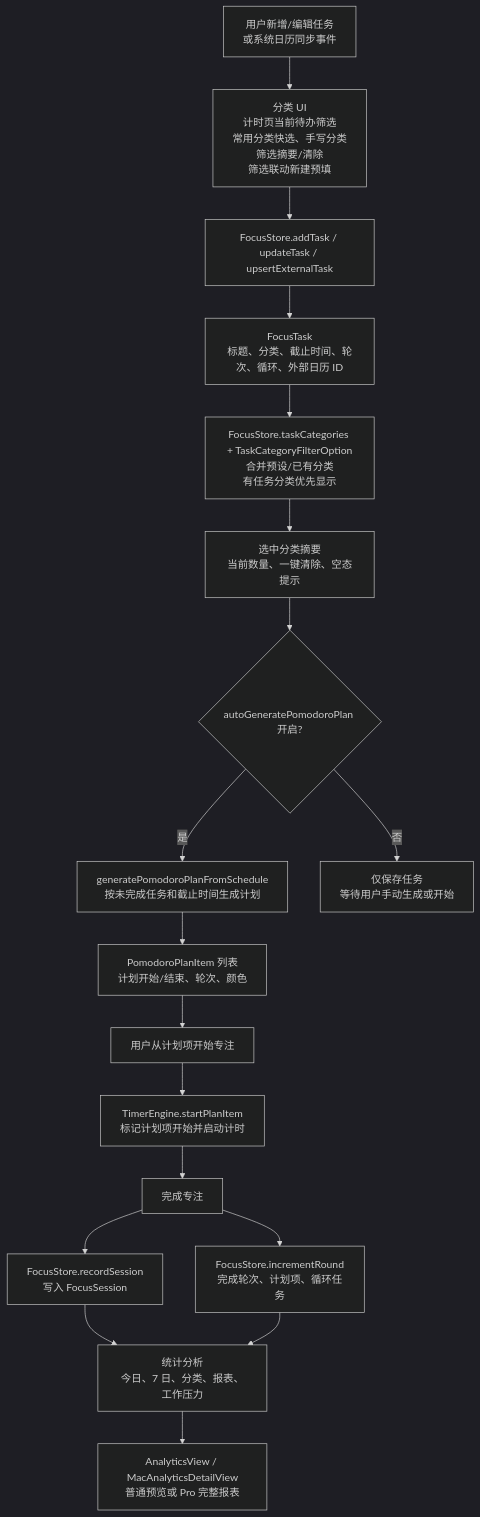
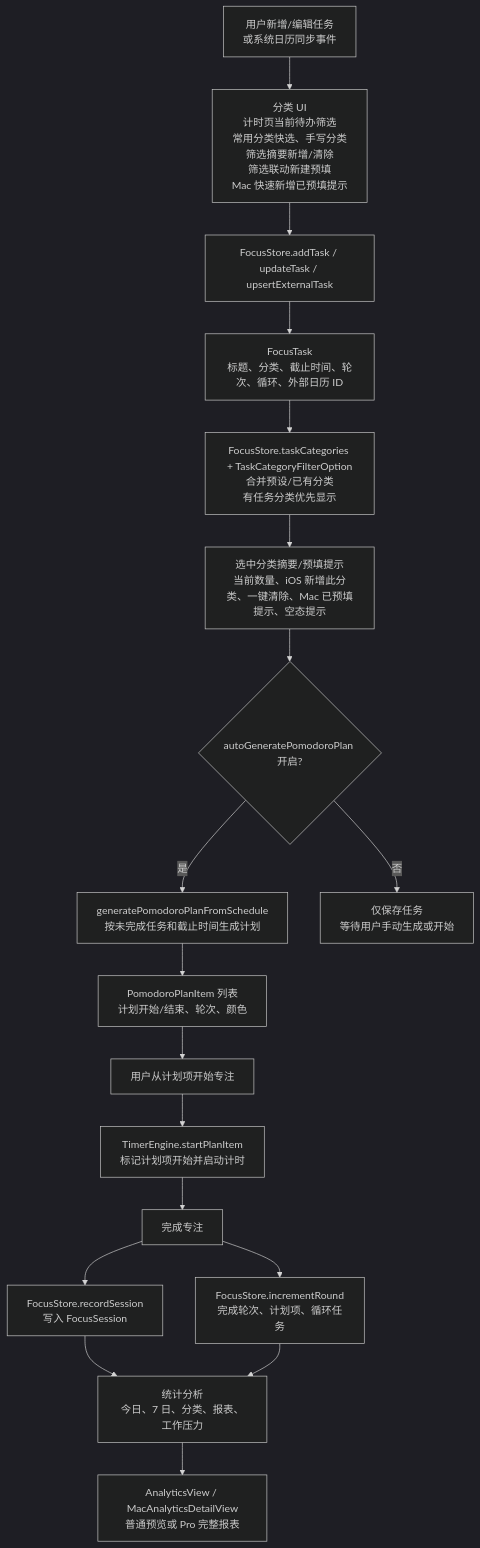
The third of 6 diagrams in md/flow/flowchart.md (Altman-sam114/114), drawn with Mermaid (dark theme) before and after one commit. The commit also changed other lines of this file and 8 other files, not shown here.

````diff
--- a/md/flow/flowchart.md
+++ b/md/flow/flowchart.md
@@ -63,20 +63,20 @@
 ```mermaid
 flowchart TD
-  A["用户新增/编辑任务<br/>或系统日历同步事件"] --> P0["分类 UI<br/>计时页当前待办筛选<br/>常用分类快选、手写分类<br/>筛选摘要/清除<br/>筛选联动新建预填"]
+  A["用户新增/编辑任务<br/>或系统日历同步事件"] --> P0["分类 UI<br/>计时页当前待办筛选<br/>常用分类快选、手写分类<br/>筛选摘要新增/清除<br/>筛选联动新建预填<br/>Mac 快速新增已预填提示"]
   P0 --> B["FocusStore.addTask / updateTask / upsertExternalTask"]
   B --> C["FocusTask<br/>标题、分类、截止时间、轮次、循环、外部日历 ID"]
   C --> C2["FocusStore.taskCategories + TaskCategoryFilterOption<br/>合并预设/已有分类<br/>有任务分类优先显示"]
-  C2 --> C3["选中分类摘要<br/>当前数量、一键清除、空态提示"]
+  C2 --> C3["选中分类摘要/预填提示<br/>当前数量、iOS 新增此分类、一键清除、Mac 已预填提示、空态提示"]
   C3 --> D{"autoGeneratePomodoroPlan 开启?"}
   D -->|是| E["generatePomodoroPlanFromSchedule<br/>按未完成任务和截止时间生成计划"]
   D -->|否| F["仅保存任务<br/>等待用户手动生成或开始"]
   E --> G["PomodoroPlanItem 列表<br/>计划开始/结束、轮次、颜色"]
   G --> H["用户从计划项开始专注"]
   H --> I["TimerEngine.startPlanItem<br/>标记计划项开始并启动计时"]
   I --> J["完成专注"]
   J --> K["FocusStore.incrementRound<br/>完成轮次、计划项、循环任务"]
   J --> L["FocusStore.recordSession<br/>写入 FocusSession"]
   L --> M["统计分析<br/>今日、7 日、分类、报表、工作压力"]
   K --> M
   M --> N["AnalyticsView / MacAnalyticsDetailView<br/>普通预览或 Pro 完整报表"]
 ```
````
